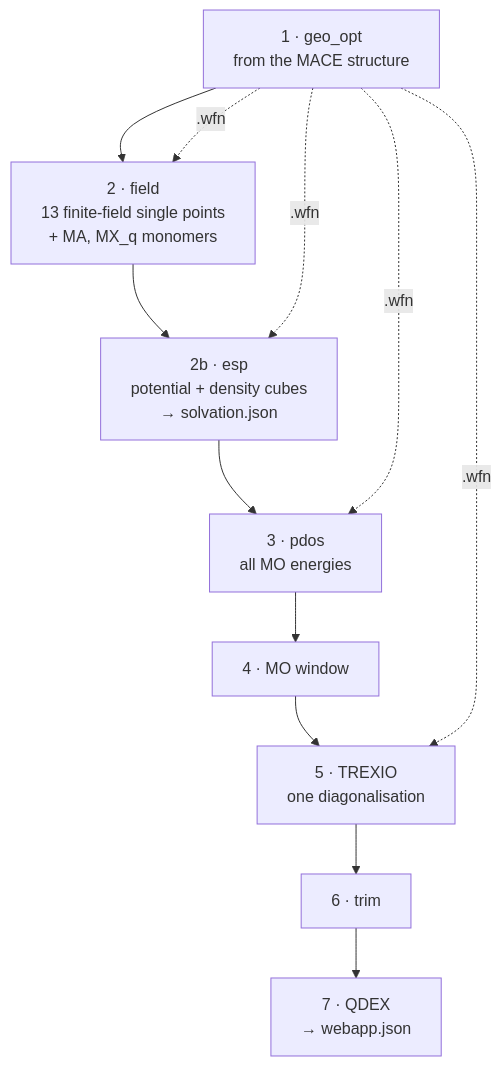
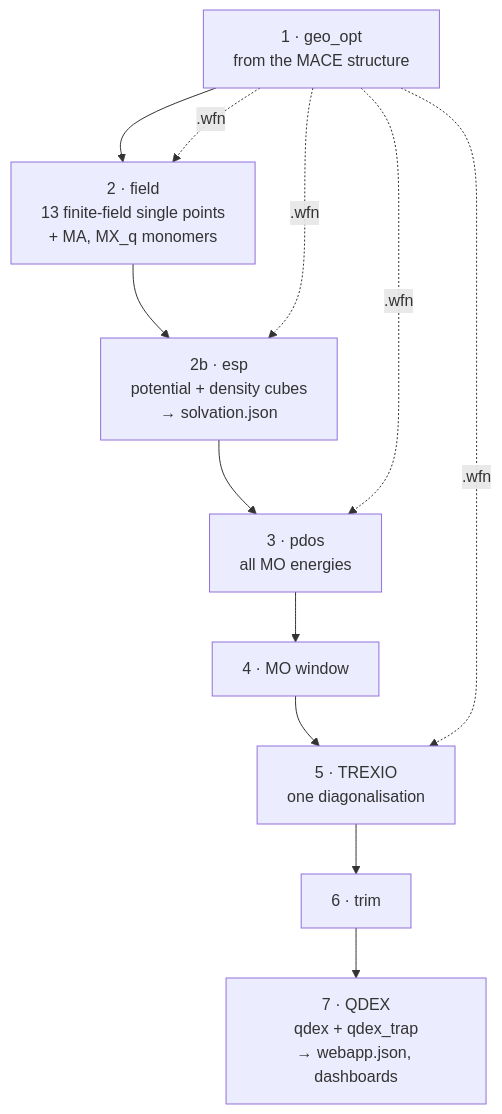
The diagram in docs/pipeline/cp2k-chain.md (nlesc-nano/qd-workflows), drawn with Mermaid before and after one commit. The commit also changed other lines of this file and 7 other files, not shown here.

First line of the commit message:
feat(chain): QDEX dashboards and a trap-filtered QDEX run in step 7

````diff
--- a/docs/pipeline/cp2k-chain.md
+++ b/docs/pipeline/cp2k-chain.md
@@ -8,11 +8,11 @@
 ```mermaid
 flowchart TB
     GEO["1 · geo_opt<br/>from the MACE structure"] --> FIELD["2 · field<br/>13 finite-field single points<br/>+ MA, MX_q monomers"]
     FIELD --> ESP["2b · esp<br/>potential + density cubes<br/>→ solvation.json"]
     ESP --> PDOS["3 · pdos<br/>all MO energies"] --> WIN["4 · MO window"]
-    WIN --> TRX["5 · TREXIO<br/>one diagonalisation"] --> TRIM["6 · trim"] --> QDEX["7 · QDEX<br/>→ webapp.json"]
+    WIN --> TRX["5 · TREXIO<br/>one diagonalisation"] --> TRIM["6 · trim"] --> QDEX["7 · QDEX<br/>qdex + qdex_trap<br/>→ webapp.json, dashboards"]
     GEO -. ".wfn" .-> FIELD
     GEO -. ".wfn" .-> ESP
     GEO -. ".wfn" .-> PDOS
     GEO -. ".wfn" .-> TRX
 ```
````
